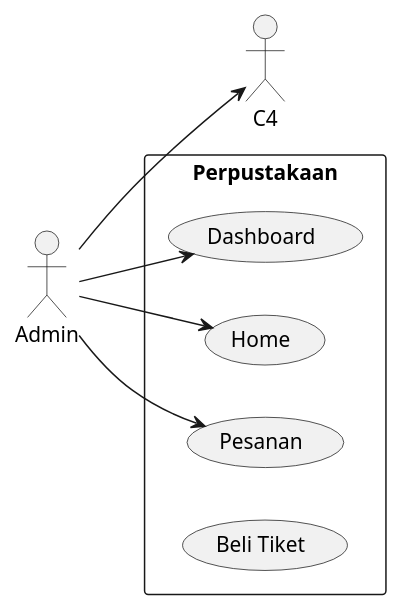
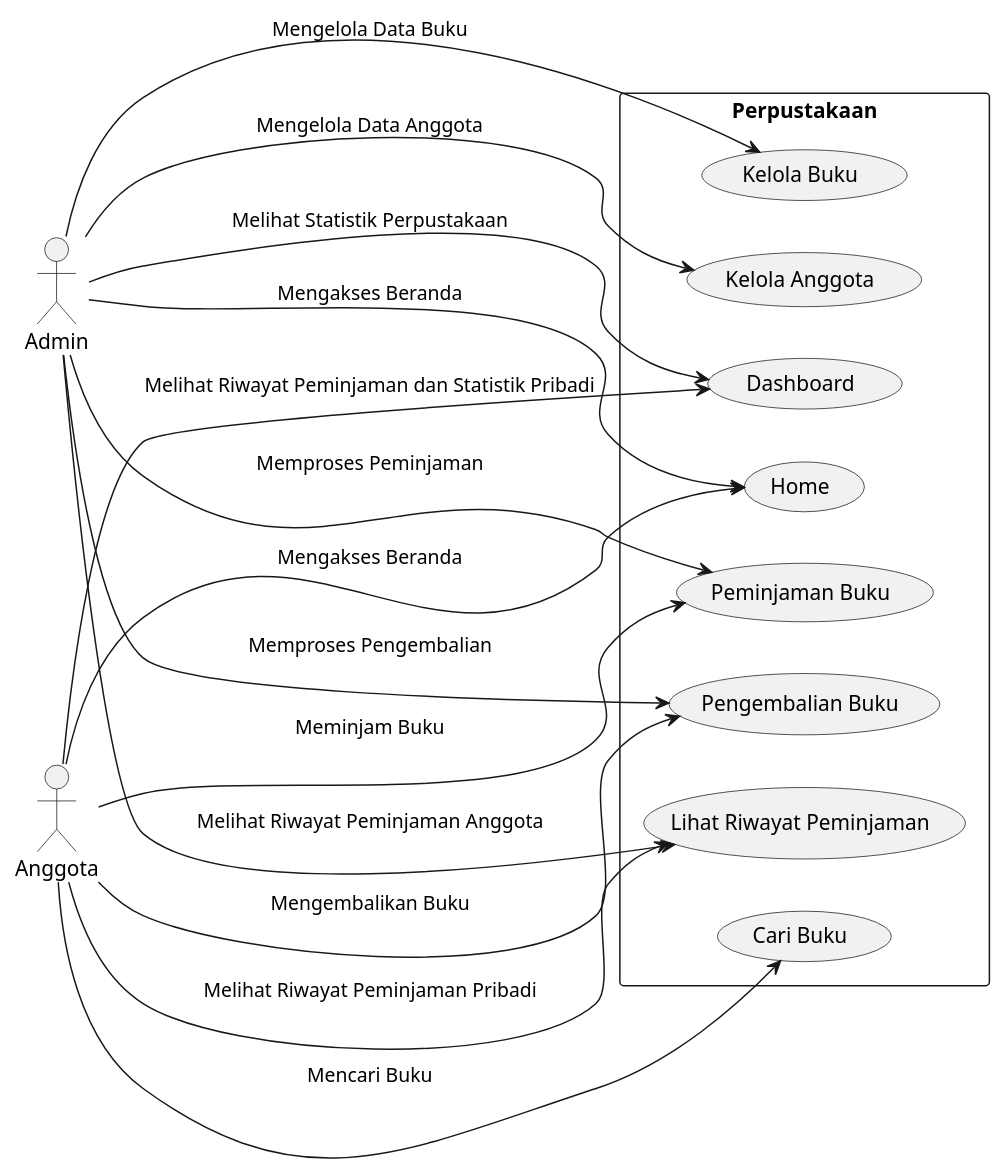
The diagram in roadmap.wsd (ICLABS-FIKOM-UMI-TASKS-CA24/Example-rules), drawn with PlantUML before and after one commit.

```diff
--- a/roadmap.wsd
+++ b/roadmap.wsd
@@ -1,14 +1,32 @@
 @startuml
 left to right direction
-actor "Admin" as fc
+actor "Admin" as admin
+actor "Anggota" as anggota
+
 rectangle Perpustakaan {
   usecase "Dashboard" as UC1
   usecase "Home" as UC2
-  usecase "Pesanan" as UC3
-  usecase "Beli Tiket" as UC4
+  usecase "Kelola Buku" as UC3
+  usecase "Kelola Anggota" as UC4
+  usecase "Peminjaman Buku" as UC5
+  usecase "Pengembalian Buku" as UC6
+  usecase "Lihat Riwayat Peminjaman" as UC7
+  usecase "Cari Buku" as UC8
 }
-fc --> UC1
-fc --> UC2
-fc --> UC3
-fc --> C4
+
+admin --> UC1 : Melihat Statistik Perpustakaan
+admin --> UC2 : Mengakses Beranda
+admin --> UC3 : Mengelola Data Buku
+admin --> UC4 : Mengelola Data Anggota
+admin --> UC5 : Memproses Peminjaman
+admin --> UC6 : Memproses Pengembalian
+admin --> UC7 : Melihat Riwayat Peminjaman Anggota
+
+anggota --> UC1 : Melihat Riwayat Peminjaman dan Statistik Pribadi
+anggota --> UC2 : Mengakses Beranda
+anggota --> UC5 : Meminjam Buku
+anggota --> UC6 : Mengembalikan Buku
+anggota --> UC7 : Melihat Riwayat Peminjaman Pribadi
+anggota --> UC8 : Mencari Buku
+
 @enduml
```
